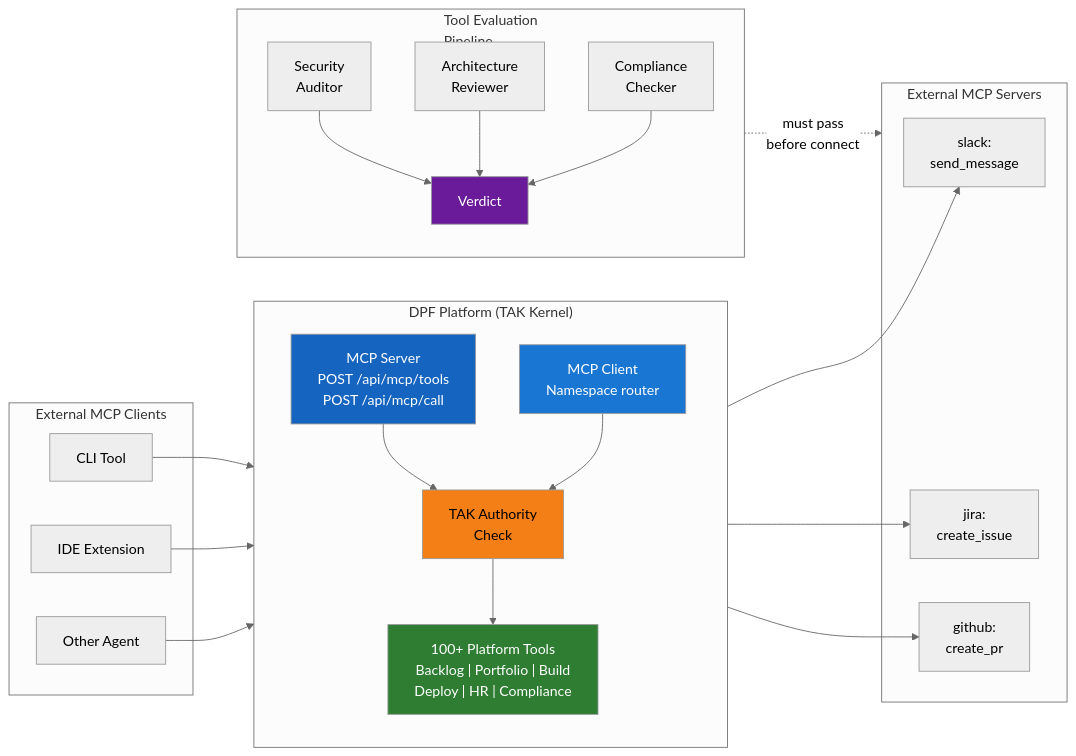
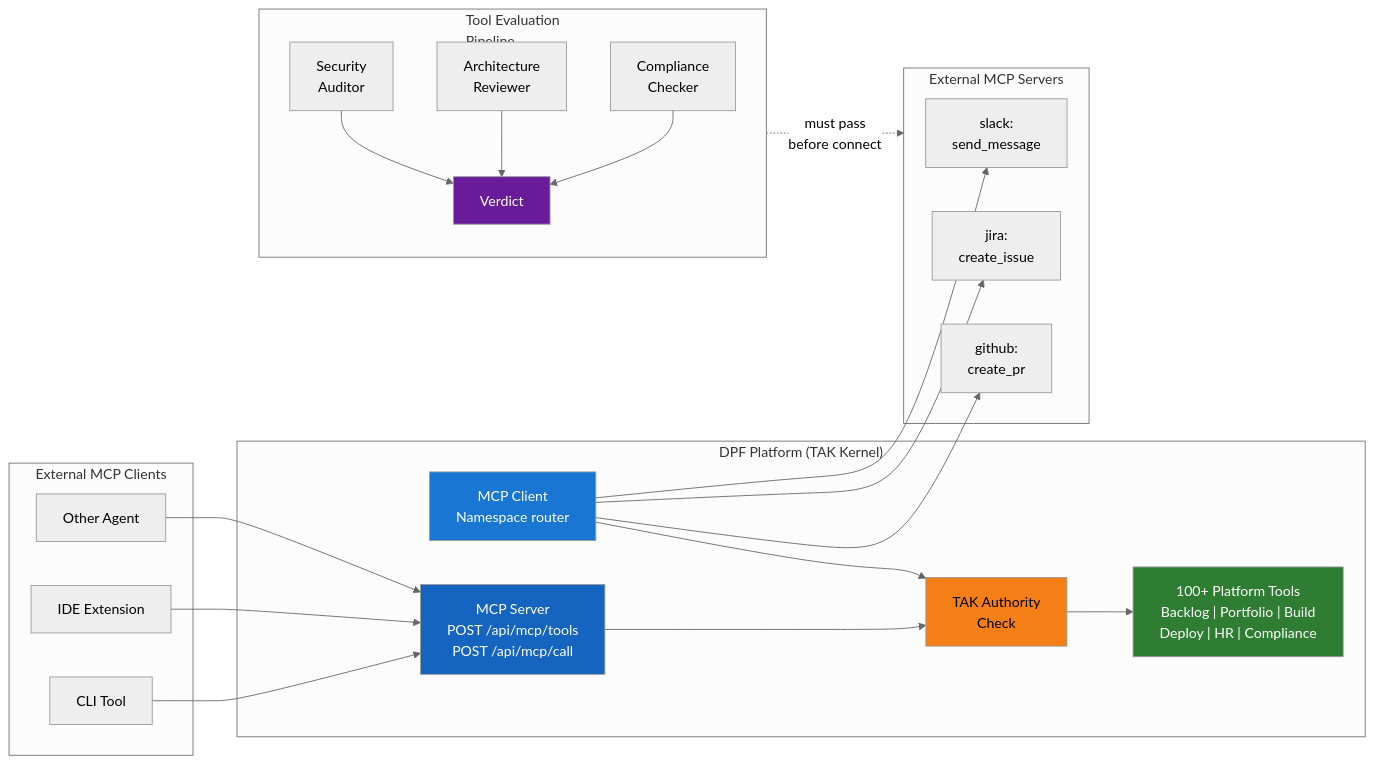
One commit to OpenDigitalProductFactory/opendigitalproductfactory changed the diagram in docs/architecture/tak-diagrams/05-mcp-model.mmd. Above: the diagram before and after it, drawn with Mermaid (neutral theme). The commit also changed 3 other files, not shown here.

First line of the commit message:
fix(diagrams): remove subgraph direction keywords for Mermaid 10.3 compat

```diff
--- a/docs/architecture/tak-diagrams/05-mcp-model.mmd
+++ b/docs/architecture/tak-diagrams/05-mcp-model.mmd
@@ -1,47 +1,46 @@
 flowchart LR
     subgraph EXTERNAL_CLIENTS["External MCP Clients"]
         CLI["CLI Tool"]
         IDE["IDE Extension"]
         OTHER["Other Agent"]
     end
 
     subgraph PLATFORM["DPF Platform (TAK Kernel)"]
-        direction TB
         SERVER["MCP Server\nPOST /api/mcp/tools\nPOST /api/mcp/call"]
         TOOLS["100+ Platform Tools\nBacklog | Portfolio | Build\nDeploy | HR | Compliance"]
         CLIENT["MCP Client\nNamespace router"]
         AUTH_CHECK["TAK Authority\nCheck"]
 
         SERVER --> AUTH_CHECK --> TOOLS
         CLIENT --> AUTH_CHECK
     end
 
     subgraph EXTERNAL_SERVERS["External MCP Servers"]
         SLACK["slack:\nsend_message"]
         JIRA["jira:\ncreate_issue"]
         GH["github:\ncreate_pr"]
     end
 
     subgraph EVAL["Tool Evaluation\nPipeline"]
         SEC["Security\nAuditor"]
         ARCH["Architecture\nReviewer"]
         COMP["Compliance\nChecker"]
         VERDICT["Verdict"]
         SEC --> VERDICT
         ARCH --> VERDICT
         COMP --> VERDICT
     end
 
     CLI --> SERVER
     IDE --> SERVER
     OTHER --> SERVER
     CLIENT --> SLACK
     CLIENT --> JIRA
     CLIENT --> GH
     EVAL -.->|"must pass\nbefore connect"| EXTERNAL_SERVERS
 
     style SERVER fill:#1565c0,color:#fff
     style TOOLS fill:#2e7d32,color:#fff
     style CLIENT fill:#1976d2,color:#fff
     style AUTH_CHECK fill:#f57f17,color:#000
     style VERDICT fill:#6a1b9a,color:#fff
```
